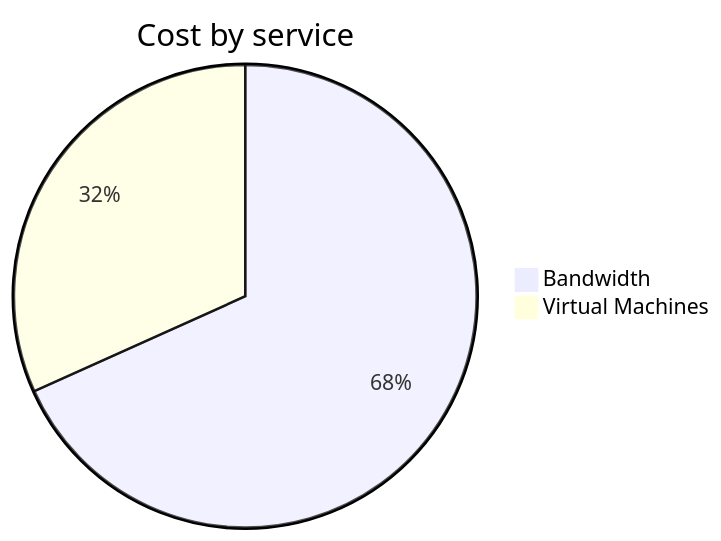
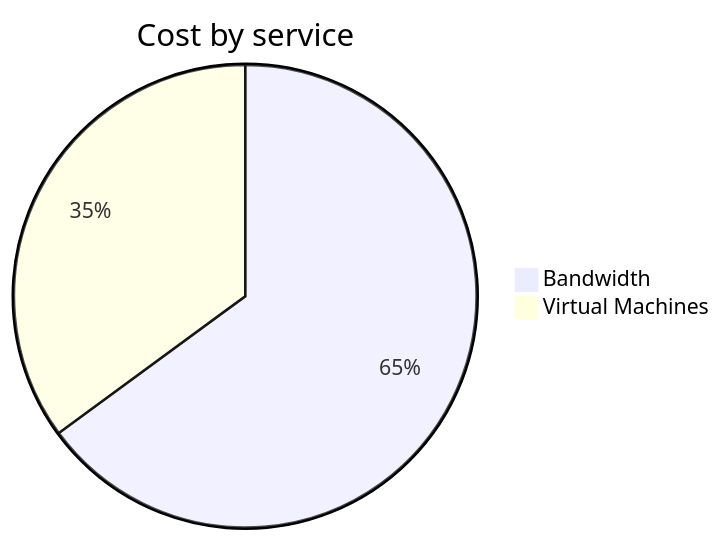
The second of 4 diagrams in cost-reports/personal-network/vpn-server.md (jpfulton/azure-personal-reports), drawn with Mermaid before and after one commit. The commit also changed other lines of this file and 8 other files, not shown here.

````diff
--- a/cost-reports/personal-network/vpn-server.md
+++ b/cost-reports/personal-network/vpn-server.md
@@ -96,6 +96,6 @@
 ```mermaid
 pie
    title Cost by service
-   "Bandwidth" : 0.99
-   "Virtual Machines" : 0.46
+   "Bandwidth" : 1.24
+   "Virtual Machines" : 0.67
 ```
````
